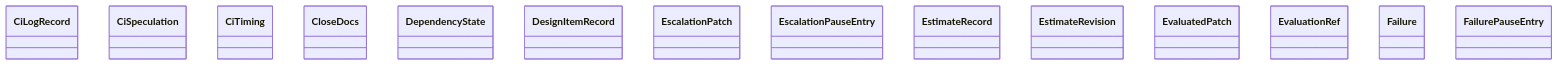
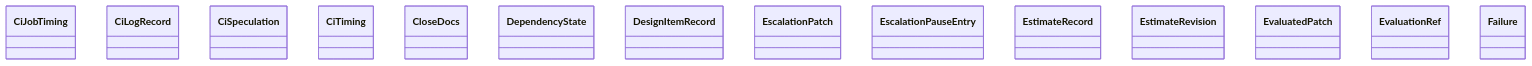
Before and after one commit to GonzaloZevallos/agentic-system: the diagram in docs/architecture/generated/classes-process-domain-state-4.md, drawn with Mermaid. The commit also changed 12 other files, not shown here.

````diff
--- a/docs/architecture/generated/classes-process-domain-state-4.md
+++ b/docs/architecture/generated/classes-process-domain-state-4.md
@@ -27,17 +27,17 @@
 ```mermaid
 classDiagram
+    class task__CiJobTiming["CiJobTiming"]
     class task__CiLogRecord["CiLogRecord"]
     class task__CiSpeculation["CiSpeculation"]
     class task__CiTiming["CiTiming"]
     class task__CloseDocs["CloseDocs"]
     class task__DependencyState["DependencyState"]
     class task__DesignItemRecord["DesignItemRecord"]
     class task__EscalationPatch["EscalationPatch"]
     class task__EscalationPauseEntry["EscalationPauseEntry"]
     class task__EstimateRecord["EstimateRecord"]
     class task__EstimateRevision["EstimateRevision"]
     class task__EvaluatedPatch["EvaluatedPatch"]
     class task__EvaluationRef["EvaluationRef"]
     class task__Failure["Failure"]
-    class task__FailurePauseEntry["FailurePauseEntry"]
 ```
````
